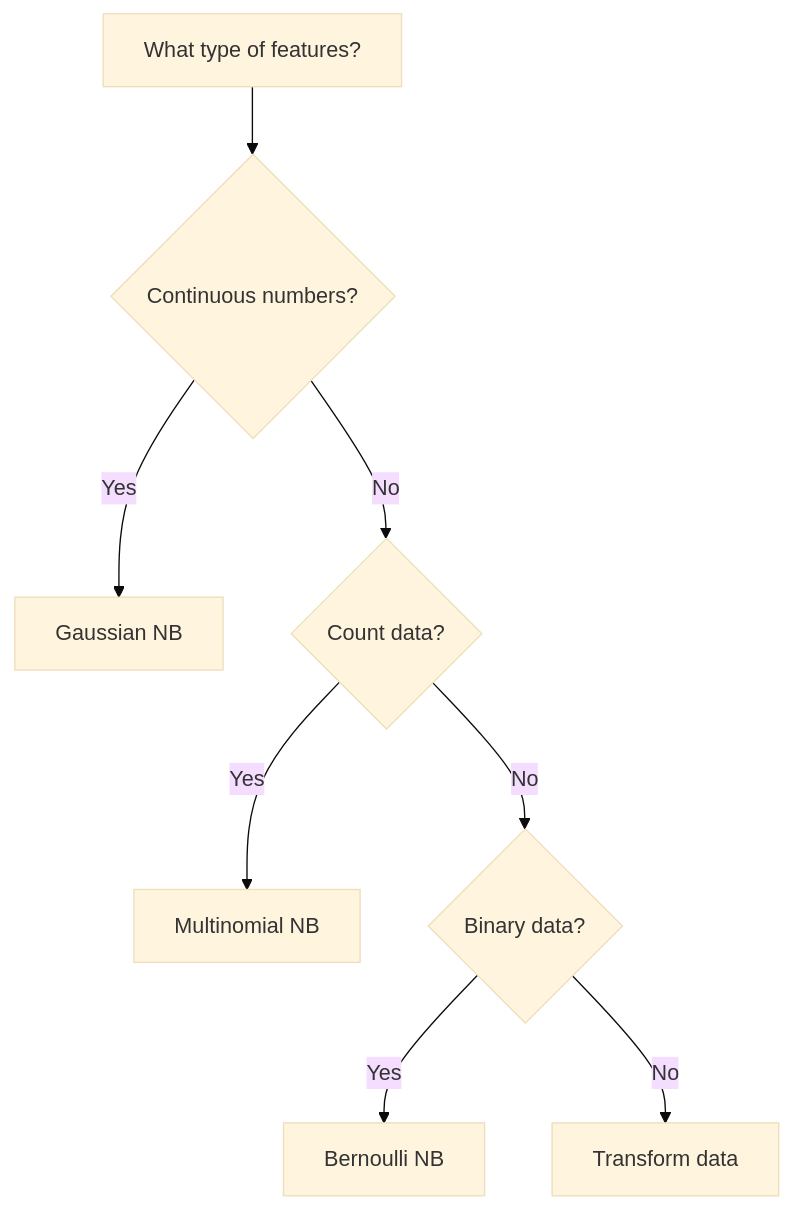
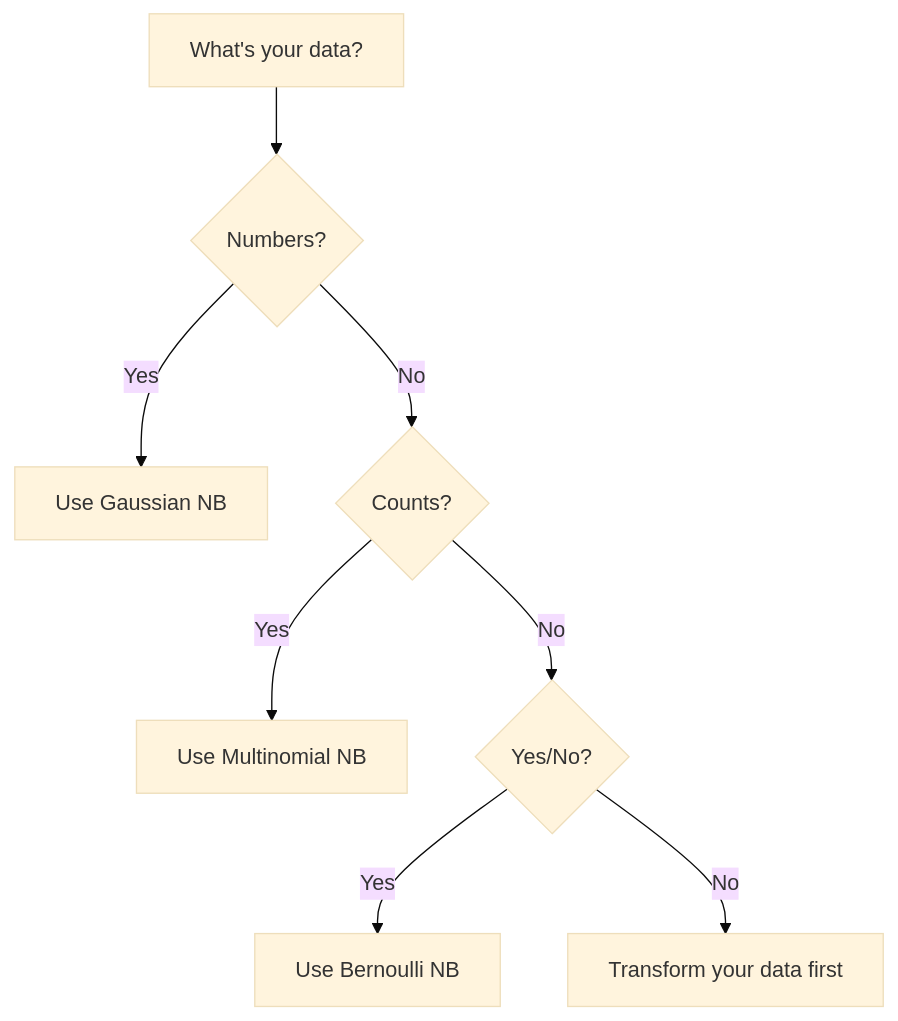
The second of 2 diagrams in docs/5-ml-fundamentals/5.2-supervised-learning-1/naive-bayes/3-types.md (codebyshennan/tamkeen-data), drawn with Mermaid (base theme) before and after one commit. The commit also changed other lines of this file and 134 other files, not shown here.

````diff
--- a/docs/5-ml-fundamentals/5.2-supervised-learning-1/naive-bayes/3-types.md
+++ b/docs/5-ml-fundamentals/5.2-supervised-learning-1/naive-bayes/3-types.md
@@ -156,10 +194,10 @@
 ```mermaid
 graph TD
-    A[What type of features?] --> B{Continuous numbers?}
-    B -->|Yes| C[Gaussian NB]
-    B -->|No| D{Count data?}
-    D -->|Yes| E[Multinomial NB]
-    D -->|No| F{Binary data?}
-    F -->|Yes| G[Bernoulli NB]
-    F -->|No| H[Transform data]
+    A[What's your data?] --> B{Numbers?}
+    B -->|Yes| C[Use Gaussian NB]
+    B -->|No| D{Counts?}
+    D -->|Yes| E[Use Multinomial NB]
+    D -->|No| F{Yes/No?}
+    F -->|Yes| G[Use Bernoulli NB]
+    F -->|No| H[Transform your data first]
 ```
````
